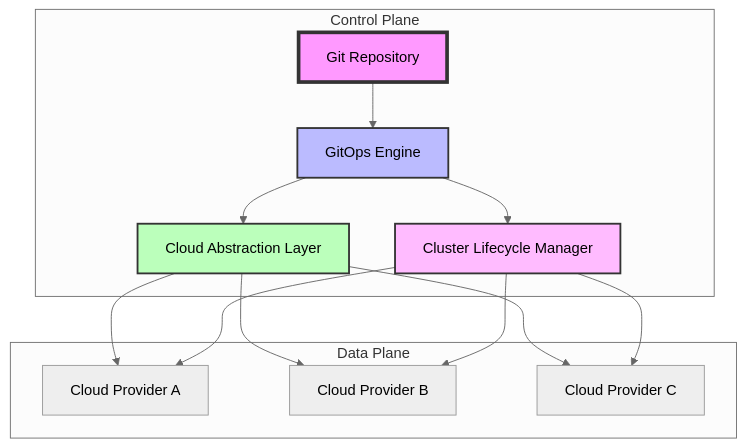
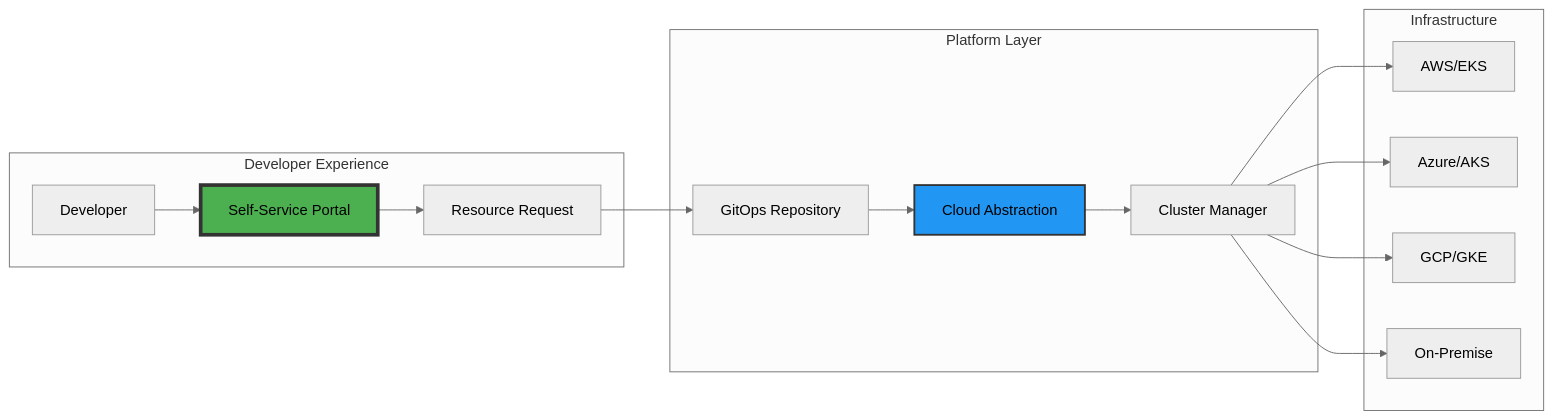
The first of 9 diagrams in content/posts/blog-post-k8s-hyperscalar-architecture.md (cgoolsby/cgoolsby.github.io), drawn with Mermaid (neutral theme) before and after one commit. The commit also changed other lines of this file, not shown here.

Commit message:
new post

````diff
--- a/content/posts/blog-post-k8s-hyperscalar-architecture.md
+++ b/content/posts/blog-post-k8s-hyperscalar-architecture.md
@@ -18,30 +18,34 @@
 ```mermaid
-graph TB
-    subgraph "Control Plane"
-        Git[Git Repository]
-        GitOps[GitOps Engine]
-        CloudAbstraction[Cloud Abstraction Layer]
-        ClusterLifecycle[Cluster Lifecycle Manager]
+graph LR
+    subgraph "Developer Experience"
+        Dev[Developer]
+        Portal[Self-Service Portal]
+        Request[Resource Request]
     end
     
-    subgraph "Data Plane"
-        Cloud1[Cloud Provider A]
-        Cloud2[Cloud Provider B]
-        Cloud3[Cloud Provider C]
+    subgraph "Platform Layer"
+        Git[GitOps Repository]
+        Abstraction[Cloud Abstraction]
+        Lifecycle[Cluster Manager]
     end
     
-    Git --> GitOps
-    GitOps --> CloudAbstraction
-    GitOps --> ClusterLifecycle
-    CloudAbstraction --> Cloud1
-    CloudAbstraction --> Cloud2
-    CloudAbstraction --> Cloud3
-    ClusterLifecycle --> Cloud1
-    ClusterLifecycle --> Cloud2
-    ClusterLifecycle --> Cloud3
+    subgraph "Infrastructure"
+        AWS[AWS/EKS]
+        Azure[Azure/AKS]
+        GCP[GCP/GKE]
+        OnPrem[On-Premise]
+    end
     
-    style Git fill:#f9f,stroke:#333,stroke-width:4px
-    style GitOps fill:#bbf,stroke:#333,stroke-width:2px
-    style CloudAbstraction fill:#bfb,stroke:#333,stroke-width:2px
-    style ClusterLifecycle fill:#fbf,stroke:#333,stroke-width:2px
+    Dev --> Portal
+    Portal --> Request
+    Request --> Git
+    Git --> Abstraction
+    Abstraction --> Lifecycle
+    Lifecycle --> AWS
+    Lifecycle --> Azure
+    Lifecycle --> GCP
+    Lifecycle --> OnPrem
+    
+    style Portal fill:#4CAF50,stroke:#333,stroke-width:4px
+    style Abstraction fill:#2196F3,stroke:#333,stroke-width:2px
 ```
````
